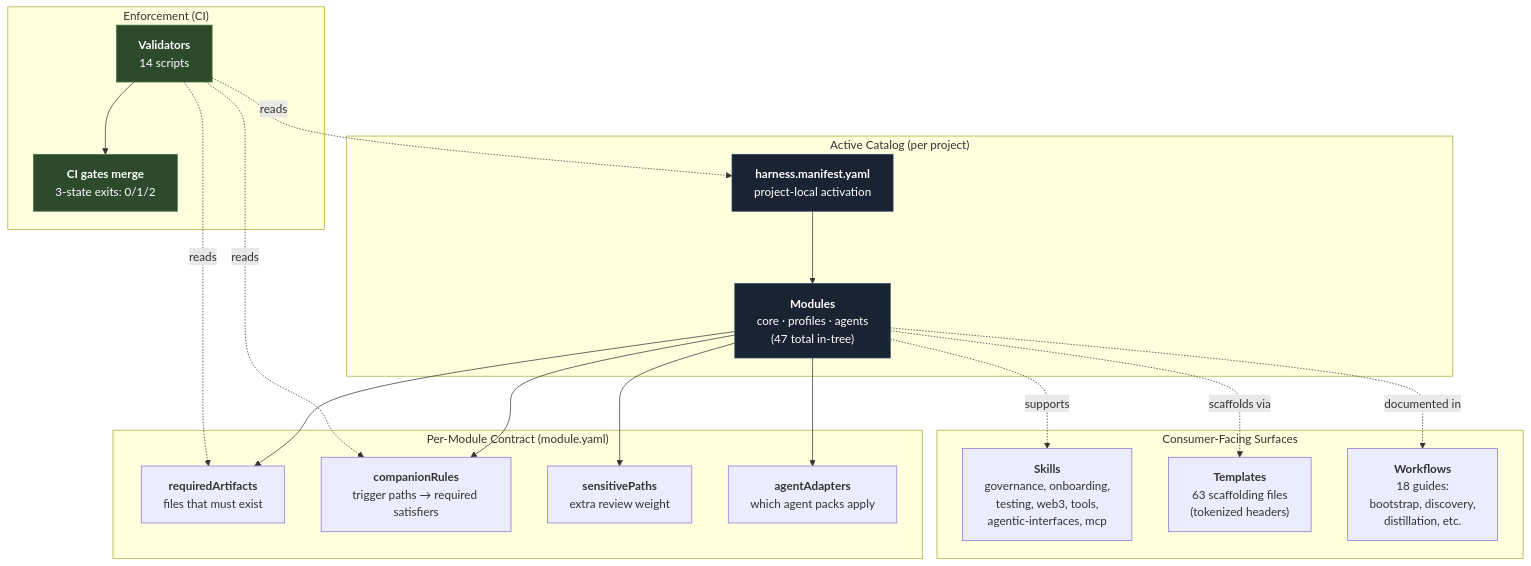
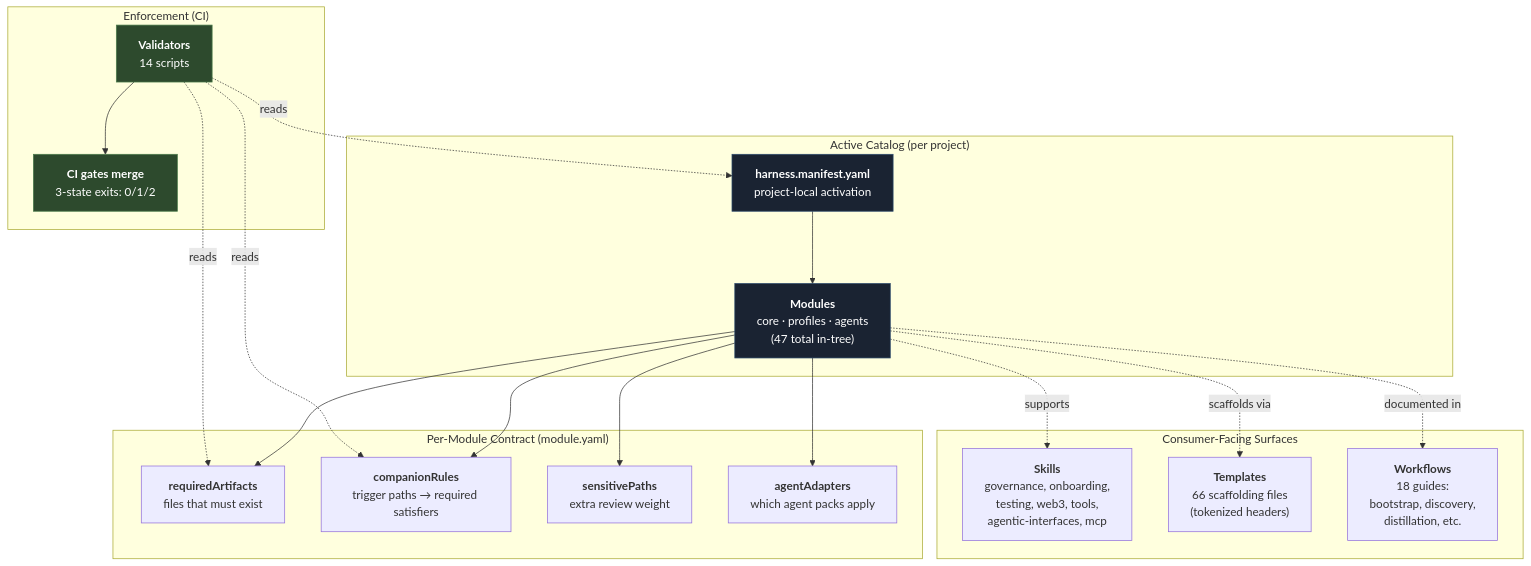
The first of 11 diagrams in docs/architecture/diagrams.md (unclenate/auto-harness), drawn with Mermaid before and after one commit. The commit also changed 2 other files, not shown here.

Commit message:
[Healthcare wedge] template count 63→66

````diff
--- a/docs/architecture/diagrams.md
+++ b/docs/architecture/diagrams.md
@@ -48,38 +48,38 @@
 ```mermaid
 flowchart TD
     Manifest["<b>harness.manifest.yaml</b><br/>project-local activation"]
 
     subgraph CATALOG["Active Catalog (per project)"]
         Manifest --> Modules["<b>Modules</b><br/>core · profiles · agents<br/>(47 total in-tree)"]
     end
 
     subgraph CONTRACT["Per-Module Contract (module.yaml)"]
         Modules --> Required["<b>requiredArtifacts</b><br/>files that must exist"]
         Modules --> Companions["<b>companionRules</b><br/>trigger paths → required satisfiers"]
         Modules --> Sensitive["<b>sensitivePaths</b><br/>extra review weight"]
         Modules --> Adapters["<b>agentAdapters</b><br/>which agent packs apply"]
     end
 
     subgraph ENFORCE["Enforcement (CI)"]
         Validators["<b>Validators</b><br/>14 scripts"]
         Validators -.reads.-> Manifest
         Validators -.reads.-> Required
         Validators -.reads.-> Companions
         Validators --> CIGate["<b>CI gates merge</b><br/>3-state exits: 0/1/2"]
     end
 
     subgraph SURFACE["Consumer-Facing Surfaces"]
         Skills["<b>Skills</b><br/>governance, onboarding,<br/>testing, web3, tools,<br/>agentic-interfaces, mcp"]
-        Templates["<b>Templates</b><br/>63 scaffolding files<br/>(tokenized headers)"]
+        Templates["<b>Templates</b><br/>66 scaffolding files<br/>(tokenized headers)"]
         Workflows["<b>Workflows</b><br/>18 guides:<br/>bootstrap, discovery,<br/>distillation, etc."]
     end
 
     Modules -.supports.-> Skills
     Modules -.scaffolds via.-> Templates
     Modules -.documented in.-> Workflows
 
     style Manifest fill:#1a2332,stroke:#2c4a6b,color:#fff
     style Modules fill:#1a2332,stroke:#2c4a6b,color:#fff
     style Validators fill:#2d4a2d,stroke:#4a7a4a,color:#fff
     style CIGate fill:#2d4a2d,stroke:#4a7a4a,color:#fff
 ```
````
